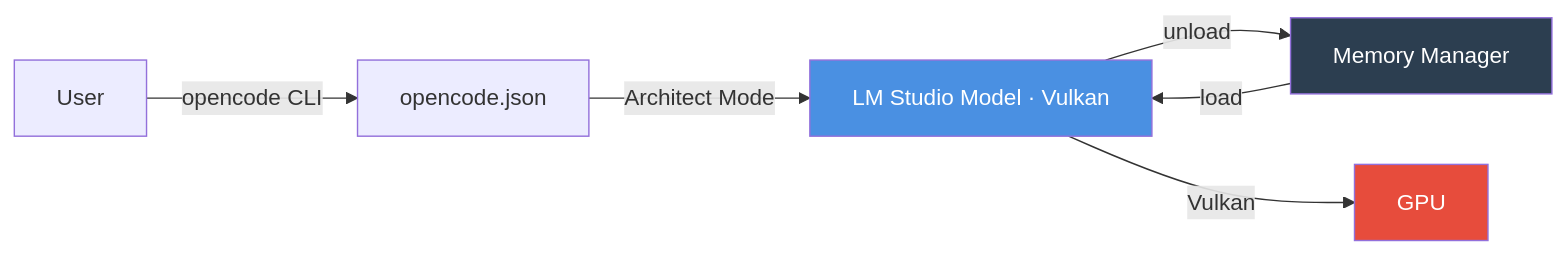
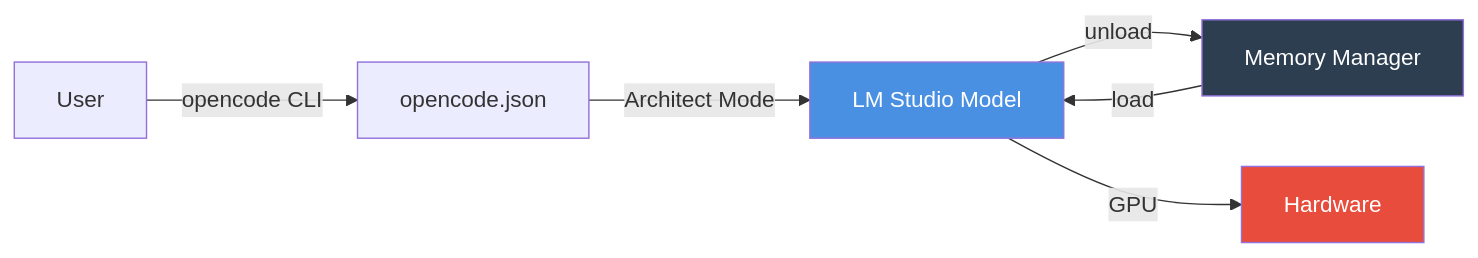
The diagram in README.md (dft-core-infra/OnD-AI-coding), drawn with Mermaid before and after one commit. The commit also changed other lines of this file and 4 other files, not shown here.

````diff
--- a/README.md
+++ b/README.md
@@ -33,11 +32,11 @@
 ```mermaid
 graph LR
     A[User] -->|opencode CLI| B[opencode.json]
-    B -->|Architect Mode| C[LM Studio Model · Vulkan]
+    B -->|Architect Mode| C[LM Studio Model]
     C -->|unload| D[Memory Manager]
     D -->|load| C
-    C -->|Vulkan| E[GPU]
+    C -->|GPU| E[Hardware]
     style C fill:#4A90E2,color:#fff
     style D fill:#2C3E50,color:#fff
     style E fill:#E74C3C,color:#fff
 ```
````
